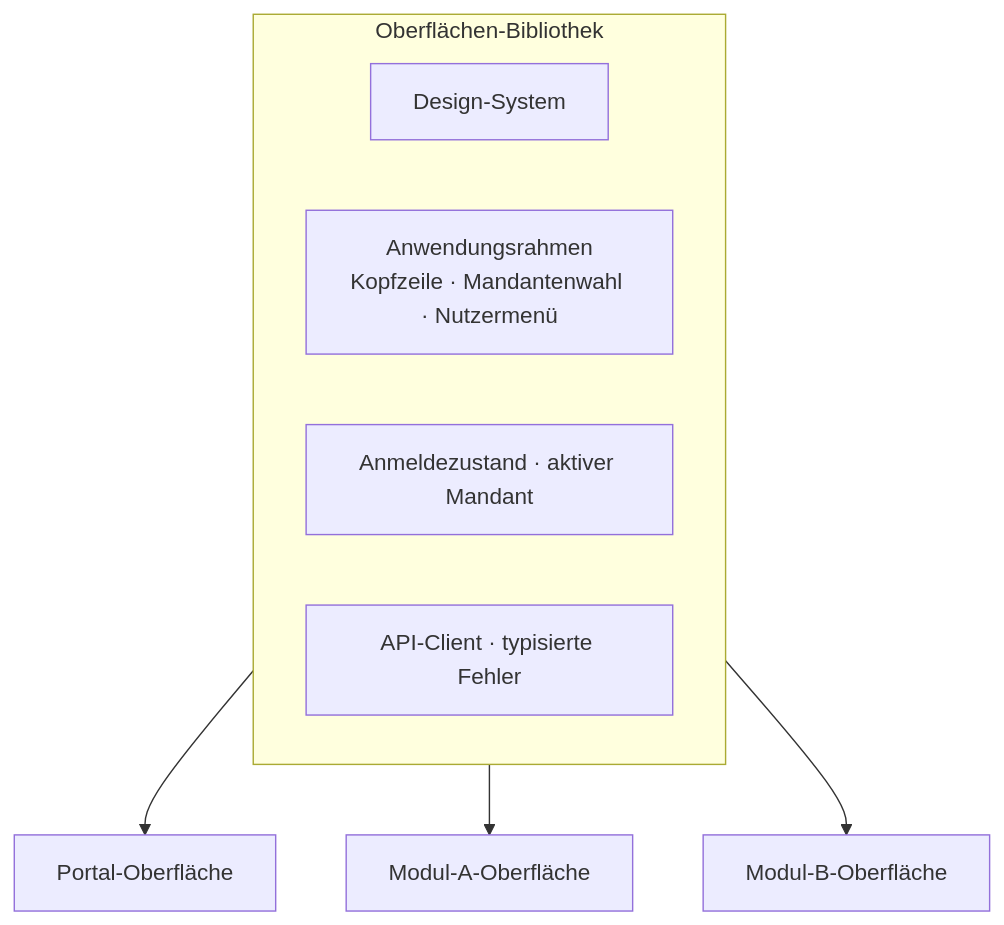
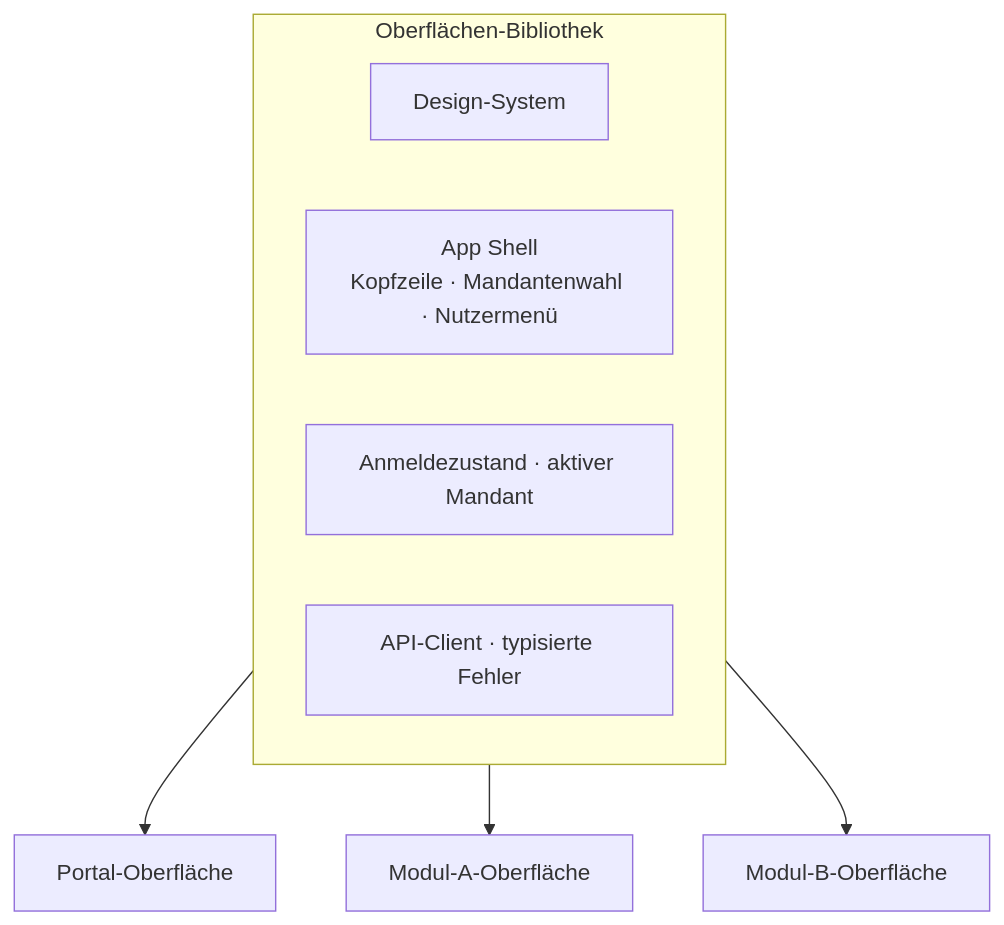
Before and after one commit to tiri/reference-architecture: the seventh of 15 diagrams in arch-docs/README.md, drawn with Mermaid. The commit also changed other lines of this file and 1 other file, not shown here.

````diff
--- a/arch-docs/README.md
+++ b/arch-docs/README.md
@@ -345,12 +403,12 @@
 ```mermaid
 flowchart TB
     subgraph U[Oberflächen-Bibliothek]
         DS[Design-System]
-        SH[Anwendungsrahmen<br/>Kopfzeile · Mandantenwahl · Nutzermenü]
+        SH[App Shell<br/>Kopfzeile · Mandantenwahl · Nutzermenü]
         AU[Anmeldezustand · aktiver Mandant]
         API[API-Client · typisierte Fehler]
     end
     U --> F1[Portal-Oberfläche]
     U --> F2[Modul-A-Oberfläche]
     U --> F3[Modul-B-Oberfläche]
 ```
````
